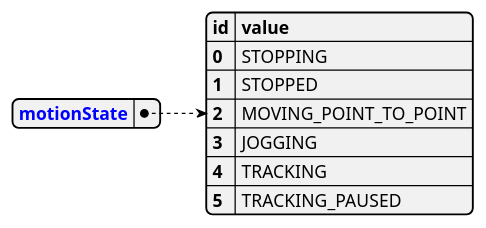
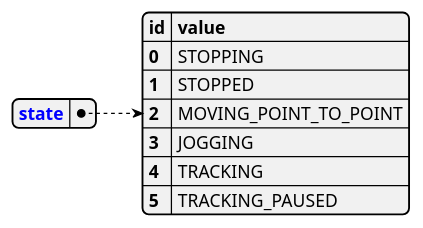
Diagram 14 of 43 in 02 CommandsAndEventsManagement/03 Events.md (lsst-ts/ts_tma_tma-documentation_pxi-controller_documentation), drawn with PlantUML before and after one commit. The commit also changed other lines of this file, not shown here.

````diff
--- a/02 CommandsAndEventsManagement/03 Events.md
+++ b/02 CommandsAndEventsManagement/03 Events.md
@@ -540,15 +540,15 @@
 ``` plantuml
 @startjson
 {
-    "<color:blue><b>motionState": {
+    "<color:blue><b>state": {
         "<b>id": "<b>value",
         "0": "STOPPING",
         "1": "STOPPED",
         "2": "MOVING_POINT_TO_POINT",
         "3": "JOGGING",
         "4": "TRACKING",
         "5": "TRACKING_PAUSED"
     }
 }
 @endjson
 ```
````
